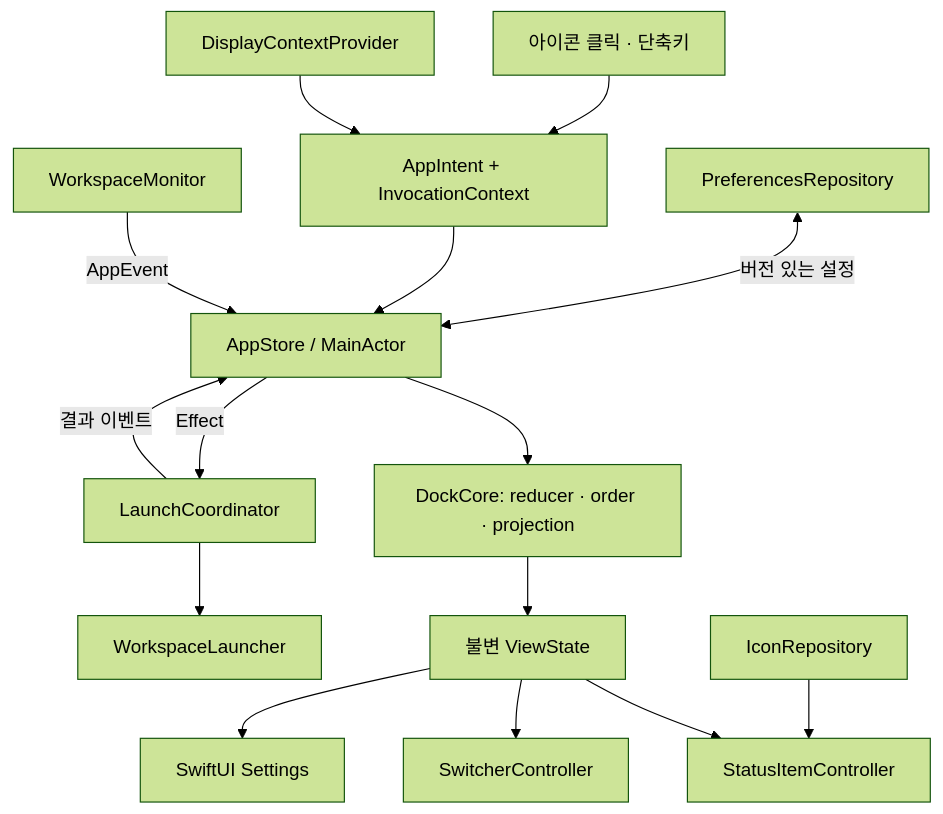
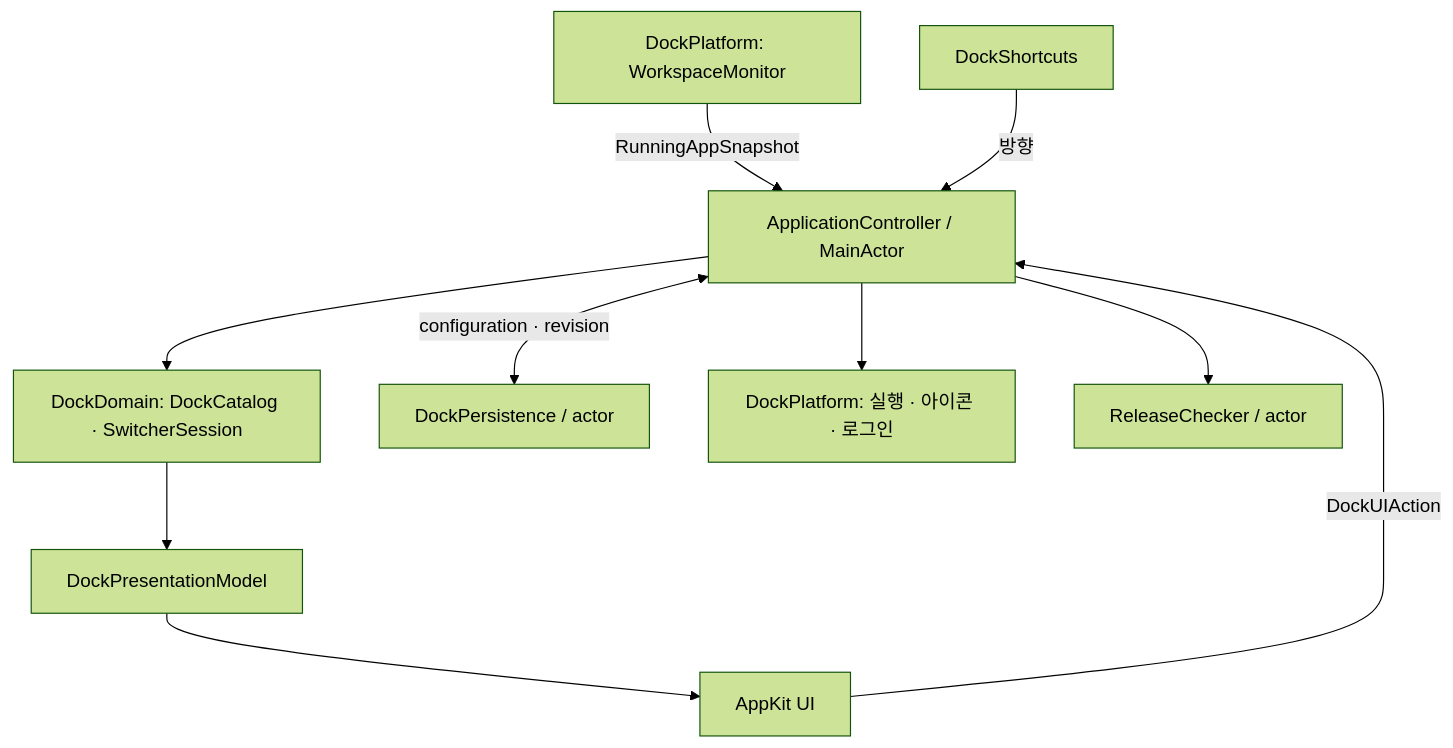
One commit to jeonghyeon-net/menubar-dock changed the diagram in docs/architecture.md. Above: the diagram before and after it, drawn with Mermaid (forest theme). The commit also changed other lines of this file and 13 other files, not shown here.

Commit message:
docs: publish architecture, Korean guides, and release verification scope

````diff
--- a/docs/architecture.md
+++ b/docs/architecture.md
@@ -53,17 +31,12 @@
 ```mermaid
 flowchart TD
-    WS[WorkspaceMonitor] -->|AppEvent| STORE[AppStore / MainActor]
-    INPUT[아이콘 클릭 · 단축키] --> INTENT[AppIntent + InvocationContext]
-    INTENT --> STORE
-    PREFS[PreferencesRepository] <-->|버전 있는 설정| STORE
-    STORE --> CORE[DockCore: reducer · order · projection]
-    CORE --> MODEL[불변 ViewState]
-    MODEL --> STRIP[StatusItemController]
-    MODEL --> PANEL[SwitcherController]
-    MODEL --> SETTINGS[SwiftUI Settings]
-    STORE -->|Effect| LAUNCH[LaunchCoordinator]
-    LAUNCH --> WORKSPACE[WorkspaceLauncher]
-    DISPLAY[DisplayContextProvider] --> INTENT
-    ICONS[IconRepository] --> STRIP
-    LAUNCH -->|결과 이벤트| STORE
+    MON[DockPlatform: WorkspaceMonitor] -->|RunningAppSnapshot| APP[ApplicationController / MainActor]
+    UI[AppKit UI] -->|DockUIAction| APP
+    KEY[DockShortcuts] -->|방향| APP
+    APP --> DOMAIN[DockDomain: DockCatalog · SwitcherSession]
+    APP <-->|configuration · revision| DISK[DockPersistence / actor]
+    DOMAIN --> MODEL[DockPresentationModel]
+    MODEL --> UI
+    APP --> OS[DockPlatform: 실행 · 아이콘 · 로그인]
+    APP --> UPDATE[ReleaseChecker / actor]
 ```
````
